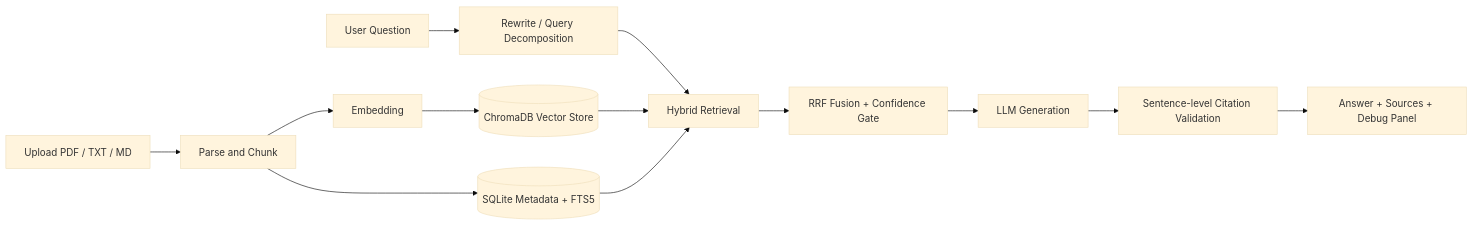
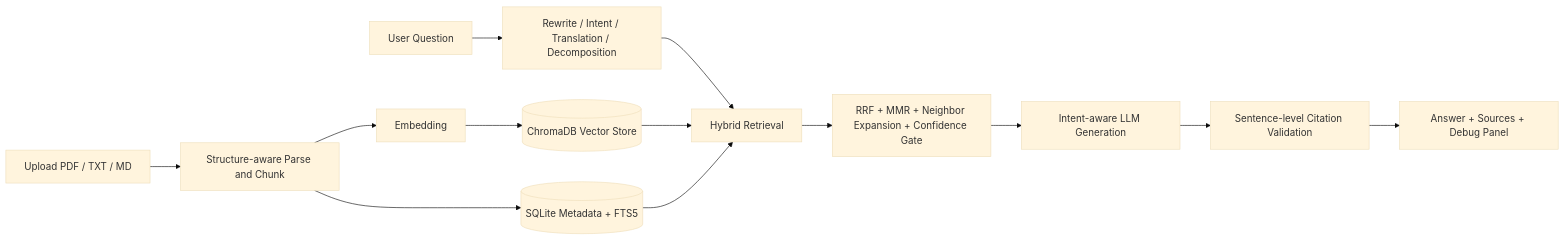
Before and after one commit to wangkeyu-u/ai-study-assistant: the diagram in README.md, drawn with Mermaid (base theme). The commit also changed other lines of this file and 61 other files, not shown here.

````diff
--- a/README.md
+++ b/README.md
@@ -58,15 +43,15 @@
 ```mermaid
 flowchart LR
-    A[Upload PDF / TXT / MD] --> B[Parse and Chunk]
+    A[Upload PDF / TXT / MD] --> B[Structure-aware Parse and Chunk]
     B --> C[Embedding]
     C --> D[(ChromaDB Vector Store)]
     B --> E[(SQLite Metadata + FTS5)]
-    Q[User Question] --> R[Rewrite / Query Decomposition]
+    Q[User Question] --> R[Rewrite / Intent / Translation / Decomposition]
     R --> S[Hybrid Retrieval]
     D --> S
     E --> S
-    S --> T[RRF Fusion + Confidence Gate]
-    T --> G[LLM Generation]
+    S --> T[RRF + MMR + Neighbor Expansion + Confidence Gate]
+    T --> G[Intent-aware LLM Generation]
     G --> V[Sentence-level Citation Validation]
     V --> U[Answer + Sources + Debug Panel]
 ```
````
